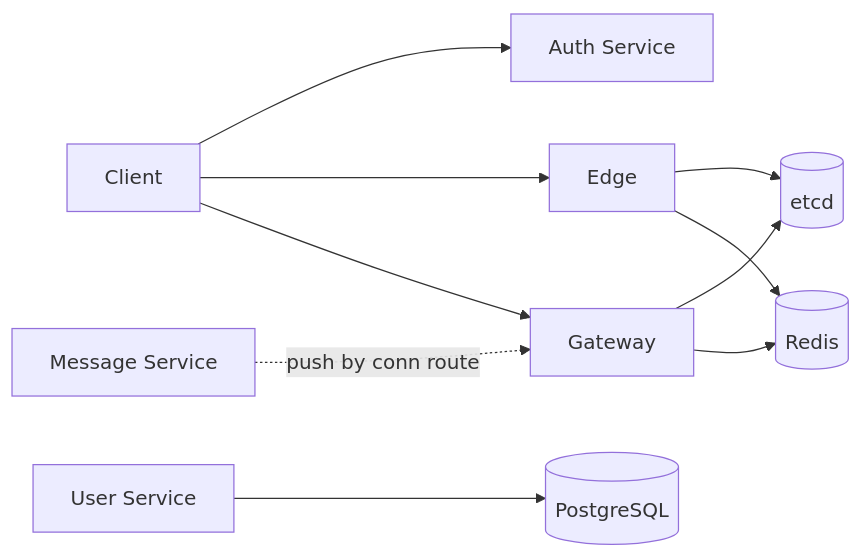
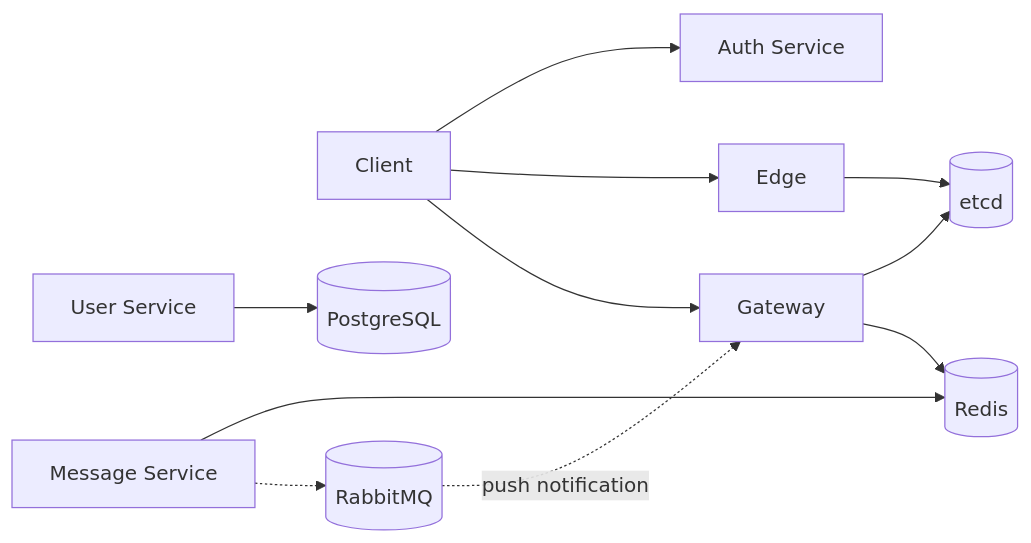
The seventh of 7 diagrams in docs/gateway/DESIGN.md (HappyLadySauce/Beehive-IM), drawn with Mermaid before and after one commit. The commit also changed other lines of this file and 3 other files, not shown here.

````diff
--- a/docs/gateway/DESIGN.md
+++ b/docs/gateway/DESIGN.md
@@ -587,19 +587,20 @@
 ```mermaid
 flowchart LR
     Client[Client]
     Auth[Auth Service]
     Edge[Edge]
     Gateway[Gateway]
     User[User Service]
     Msg[Message Service]
 
     Client --> Auth
     Client --> Edge
     Client --> Gateway
     Gateway --> Etcd[(etcd)]
     Edge --> Etcd
     Gateway --> Redis[(Redis)]
-    Edge --> Redis
-    Msg -.->|push by conn route| Gateway
+    Msg --> Redis
+    Msg -.-> RMQ[(RabbitMQ)]
+    RMQ -.->|push notification| Gateway
     User --> PG[(PostgreSQL)]
 ```
````
